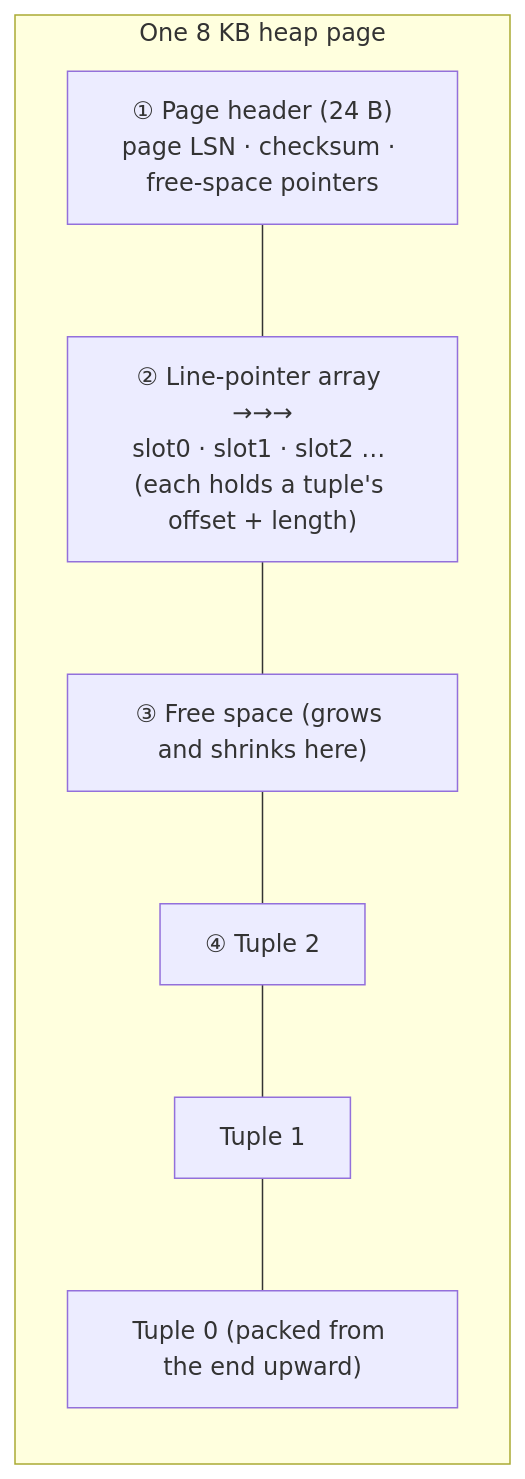
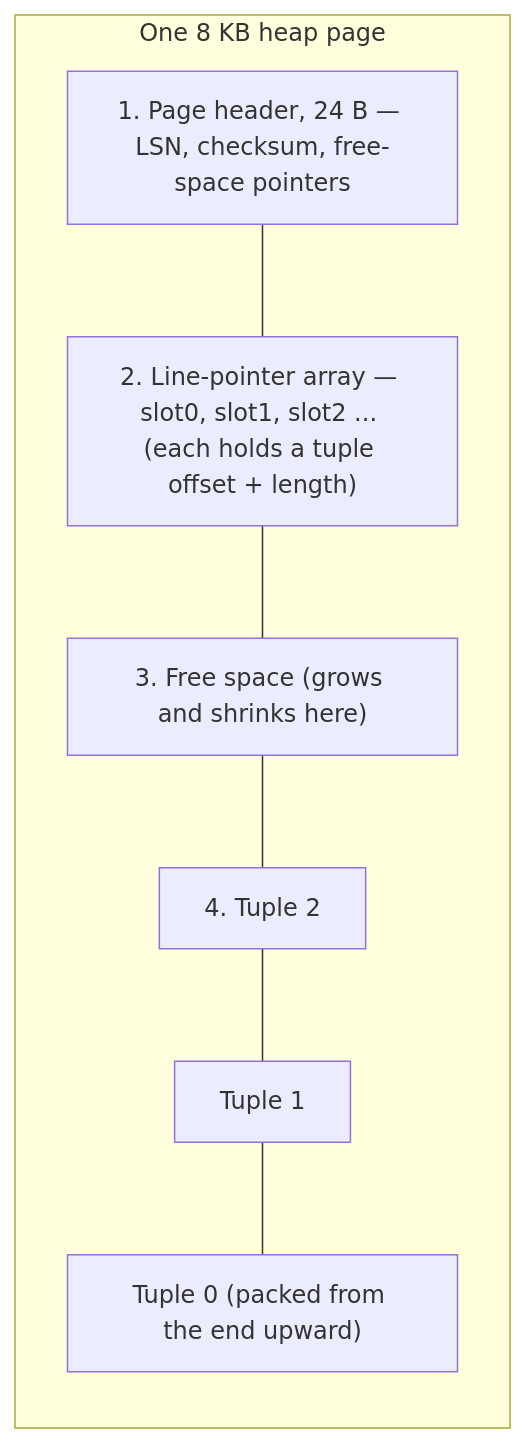
Before and after one commit to mohammad-mriesh-job/cortex: the second of 3 diagrams in src/modules/database/content/08-internals/01-storage-and-pages.md, drawn with Mermaid. The commit also changed other lines of this file and 257 other files, not shown here.

````diff
--- a/src/modules/database/content/08-internals/01-storage-and-pages.md
+++ b/src/modules/database/content/08-internals/01-storage-and-pages.md
@@ -40,13 +40,13 @@
 ```mermaid
 flowchart TB
   subgraph PAGE["One 8 KB heap page"]
     direction TB
-    HDR["① Page header (24 B)<br/>page LSN · checksum · free-space pointers"]
-    SLOTS["② Line-pointer array →→→<br/>slot0 · slot1 · slot2 … (each holds a tuple's offset + length)"]
-    FREE["③ Free space (grows and shrinks here)"]
-    T2["④ Tuple 2"]
+    HDR["1. Page header, 24 B — LSN, checksum, free-space pointers"]
+    SLOTS["2. Line-pointer array — slot0, slot1, slot2 ... (each holds a tuple offset + length)"]
+    FREE["3. Free space (grows and shrinks here)"]
+    T2["4. Tuple 2"]
     T1["Tuple 1"]
     T0["Tuple 0 (packed from the end upward)"]
     HDR --- SLOTS --- FREE --- T2 --- T1 --- T0
   end
 ```
````
